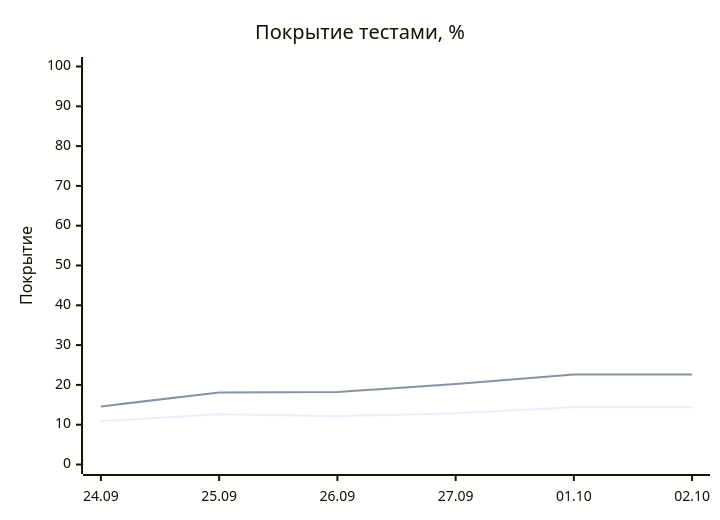
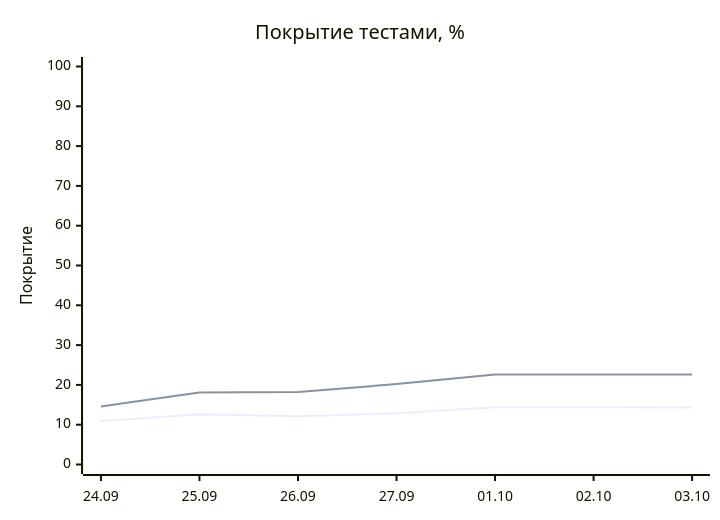
The diagram in README.md (EvgeniBondarev/coverage-report), drawn with Mermaid before and after one commit. The commit also changed other lines of this file and 2780 other files, not shown here.

````diff
--- a/README.md
+++ b/README.md
@@ -19,8 +19,8 @@
 ```mermaid
 xychart-beta
     title "Покрытие тестами, %"
-    x-axis ["24.09", "25.09", "26.09", "27.09", "01.10", "02.10"]
+    x-axis ["24.09", "25.09", "26.09", "27.09", "01.10", "02.10", "03.10"]
     y-axis "Покрытие" 0 --> 100
-    line [10.9, 12.6, 12.1, 12.9, 14.4, 14.4]
-    line [14.6, 18.1, 18.2, 20.2, 22.6, 22.6]
+    line [10.9, 12.6, 12.1, 12.9, 14.4, 14.4, 14.3]
+    line [14.6, 18.1, 18.2, 20.2, 22.6, 22.6, 22.6]
 ```
````
